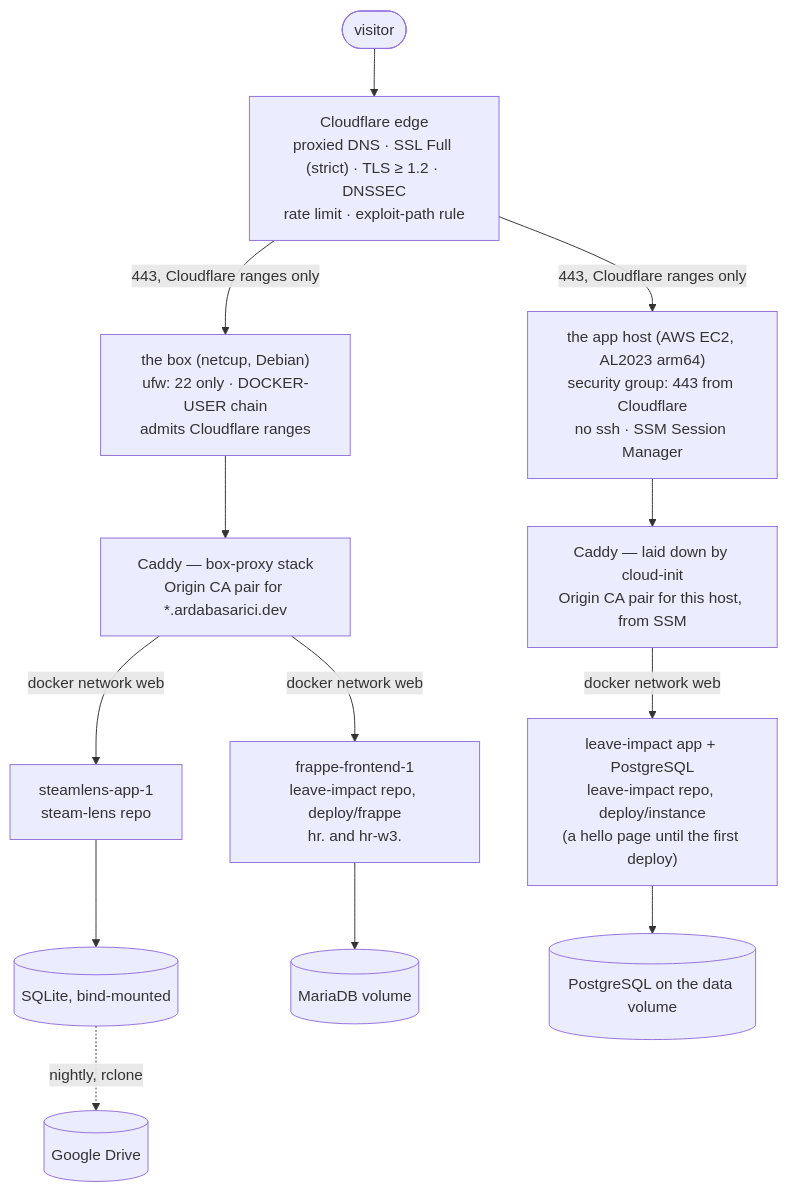
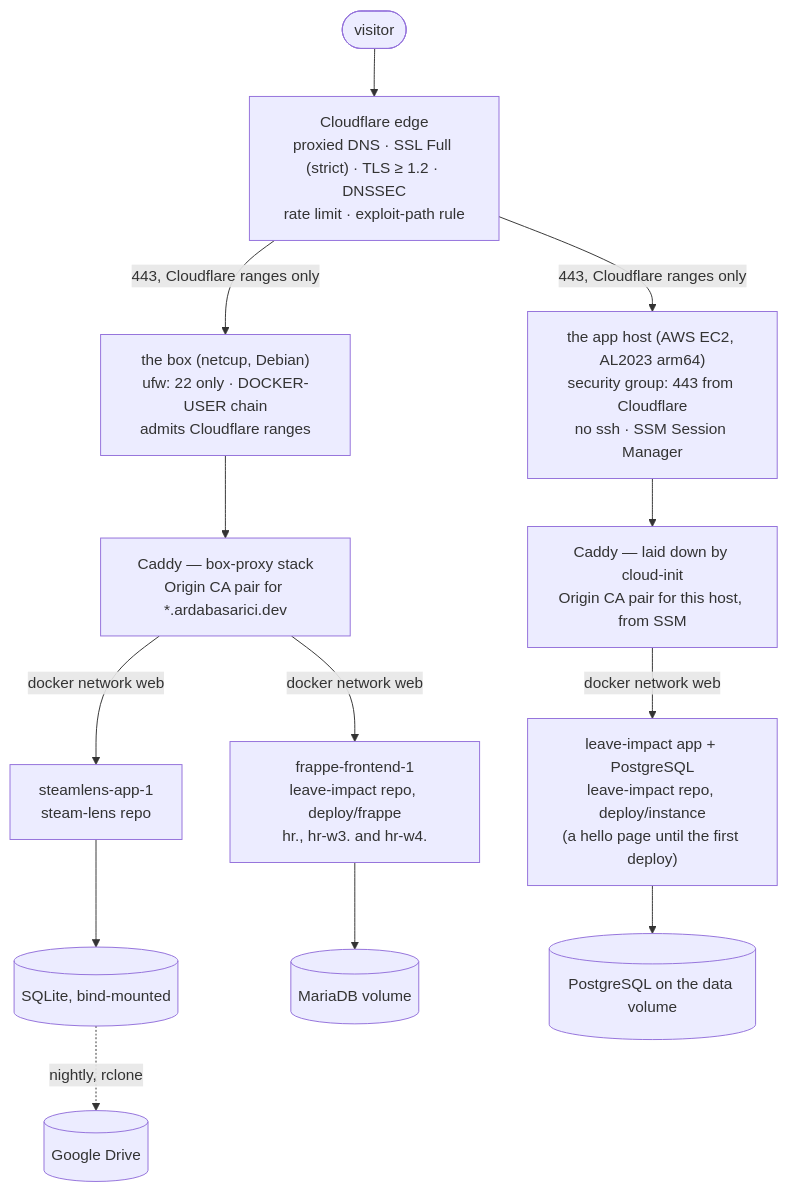
One commit to arda-basarici/platform changed the first of 3 diagrams in ARCHITECTURE.md. Above: the diagram before and after it, drawn with Mermaid. The commit also changed other lines of this file and 7 other files, not shown here.

````diff
--- a/ARCHITECTURE.md
+++ b/ARCHITECTURE.md
@@ -27,29 +27,29 @@
 ```mermaid
 %%{init: {"flowchart": {"diagramPadding": 150}}}%%
 flowchart TD
     V([visitor]) --> CF["`Cloudflare edge
     proxied DNS · SSL Full (strict) · TLS ≥ 1.2 · DNSSEC
     rate limit · exploit-path rule`"]
     CF -->|"443, Cloudflare ranges only"| FW1["`the box (netcup, Debian)
     ufw: 22 only · DOCKER-USER chain
     admits Cloudflare ranges`"]
     CF -->|"443, Cloudflare ranges only"| FW2["`the app host (AWS EC2, AL2023 arm64)
     security group: 443 from Cloudflare
     no ssh · SSM Session Manager`"]
     FW1 --> C1["`Caddy — box-proxy stack
     Origin CA pair for *.ardabasarici.dev`"]
     FW2 --> C2["`Caddy — laid down by cloud-init
     Origin CA pair for this host, from SSM`"]
     C1 -->|"docker network web"| SL["`steamlens-app-1
     steam-lens repo`"]
     C1 -->|"docker network web"| FR["`frappe-frontend-1
     leave-impact repo, deploy/frappe
-    hr. and hr-w3.`"]
+    hr., hr-w3. and hr-w4.`"]
     C2 -->|"docker network web"| LA["`leave-impact app + PostgreSQL
     leave-impact repo, deploy/instance
     (a hello page until the first deploy)`"]
     SL --> SLDB[("SQLite, bind-mounted")]
     FR --> FRDB[("MariaDB volume")]
     LA --> LADB[("PostgreSQL on the data volume")]
     SLDB -.->|"nightly, rclone"| DRIVE[("Google Drive")]
 ```
````
